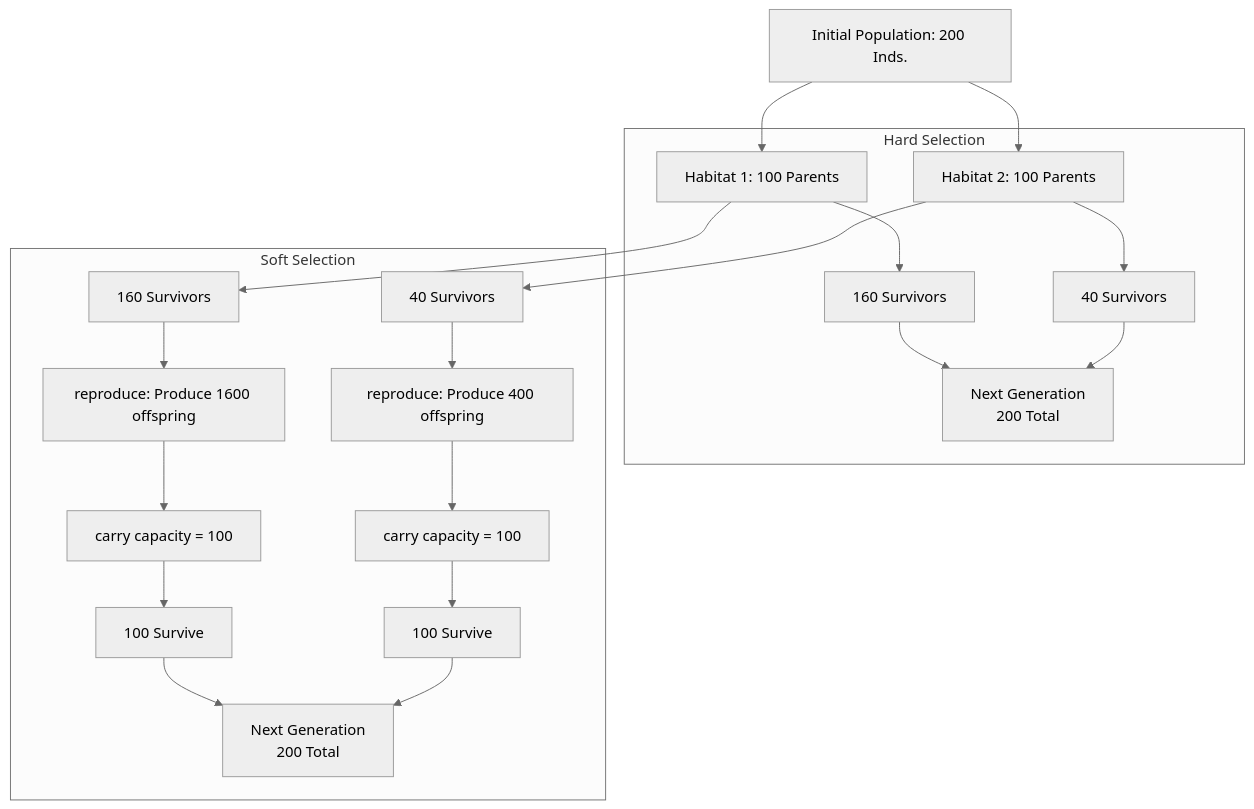
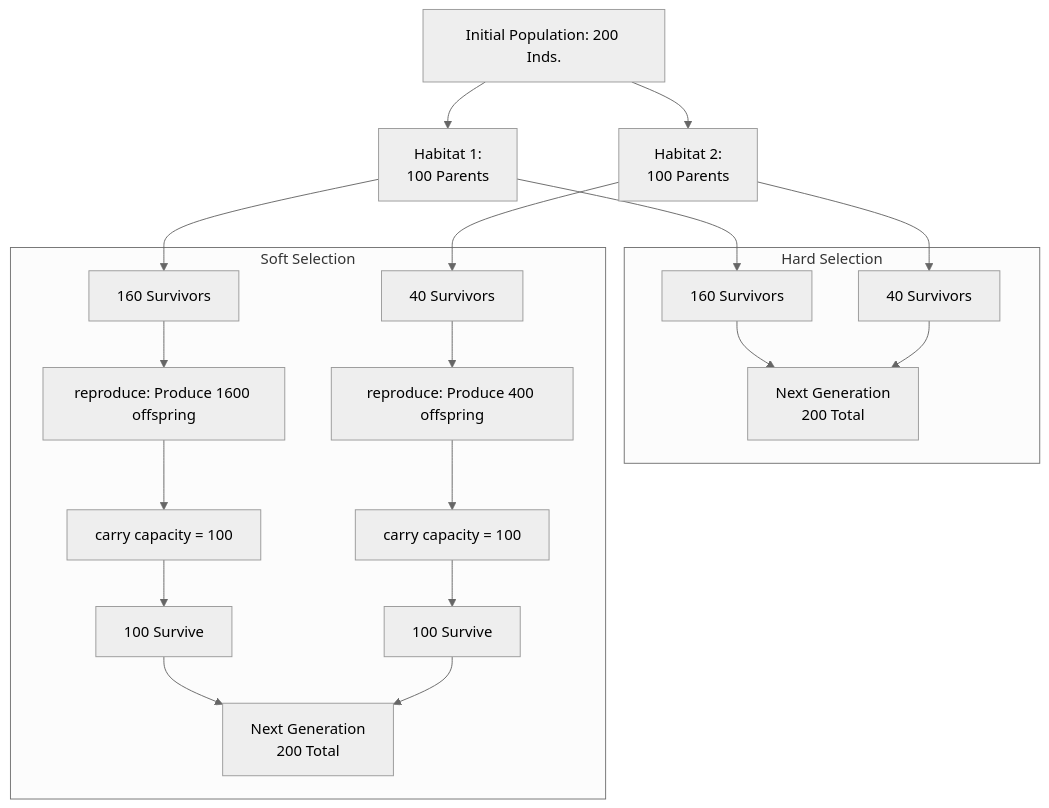
The diagram in Lectures/3.Fitness_EulerLotka_TypesOfSelection/3.hard_and_soft_selection.md (Jcbnunez/uvm-popgen), drawn with Mermaid (neutral theme) before and after one commit.

Commit message:
typesofsel8

````diff
--- a/Lectures/3.Fitness_EulerLotka_TypesOfSelection/3.hard_and_soft_selection.md
+++ b/Lectures/3.Fitness_EulerLotka_TypesOfSelection/3.hard_and_soft_selection.md
@@ -125,30 +126,63 @@
 ```mermaid  
 
 flowchart TD  
 
-A[Initial Population: 200 Inds.]  
-A --> H1[Habitat 1: 100 Parents]  
-A --> H2[Habitat 2: 100 Parents]  
+A[Initial Population: 200 Inds.]
 
+H1["Habitat 1:<br/>100 Parents"]
 
-subgraph Hard Selection  
-	H1 --> HS1[160 Survivors]  
-	H2 --> HS2[40 Survivors]  
-	HS1 --> HN[Next Generation<br/>200 Total]  
-	HS2 --> HN  
-end  
+H2["Habitat 2:<br/>100 Parents"]
 
-subgraph Soft Selection  
-	H1 --> SS1[160 Survivors]  
-	H2 --> SS2[40 Survivors] 
-	SS1 --> SS11[reproduce: Produce 1600 offspring]  
-	SS2 --> SS22[reproduce: Produce 400 offspring]  
-	SS11 --> SQ1[carry capacity = 100]  
-	SS22 --> SQ2[carry capacity = 100]  
-	SQ1 --> SQQ1[100 Survive]  
-	SQ2 --> SQQ2[100 Survive]  
-	SQQ1 --> SN[Next Generation<br/>200 Total]  
-	SQQ2 --> SN  
-end  
+A --> H1
+
+A --> H2
+
+subgraph Hard_Selection["Hard Selection"]
+
+HS1[160 Survivors]
+
+HS2[40 Survivors]
+
+HN["Next Generation<br/>200 Total"]
+
+HS1 --> HN
+
+HS2 --> HN
+
+end
+
+H1 --> HS1
+
+H2 --> HS2
+
+subgraph Soft_Selection["Soft Selection"]
+
+SS1[160 Survivors]
+
+SS2[40 Survivors]
+
+SS11[reproduce: Produce 1600 offspring]
+
+SS22[reproduce: Produce 400 offspring]
+
+SQ1[carry capacity = 100]
+
+SQ2[carry capacity = 100]
+
+SSQ1[100 Survive]
+
+SSQ2[100 Survive]
+
+SN["Next Generation<br/>200 Total"]
+
+SS1 --> SS11 --> SQ1 --> SSQ1 --> SN
+
+SS2 --> SS22 --> SQ2 --> SSQ2 --> SN
+
+end
+
+H1 --> SS1
+
+H2 --> SS2
 
 ```
````
